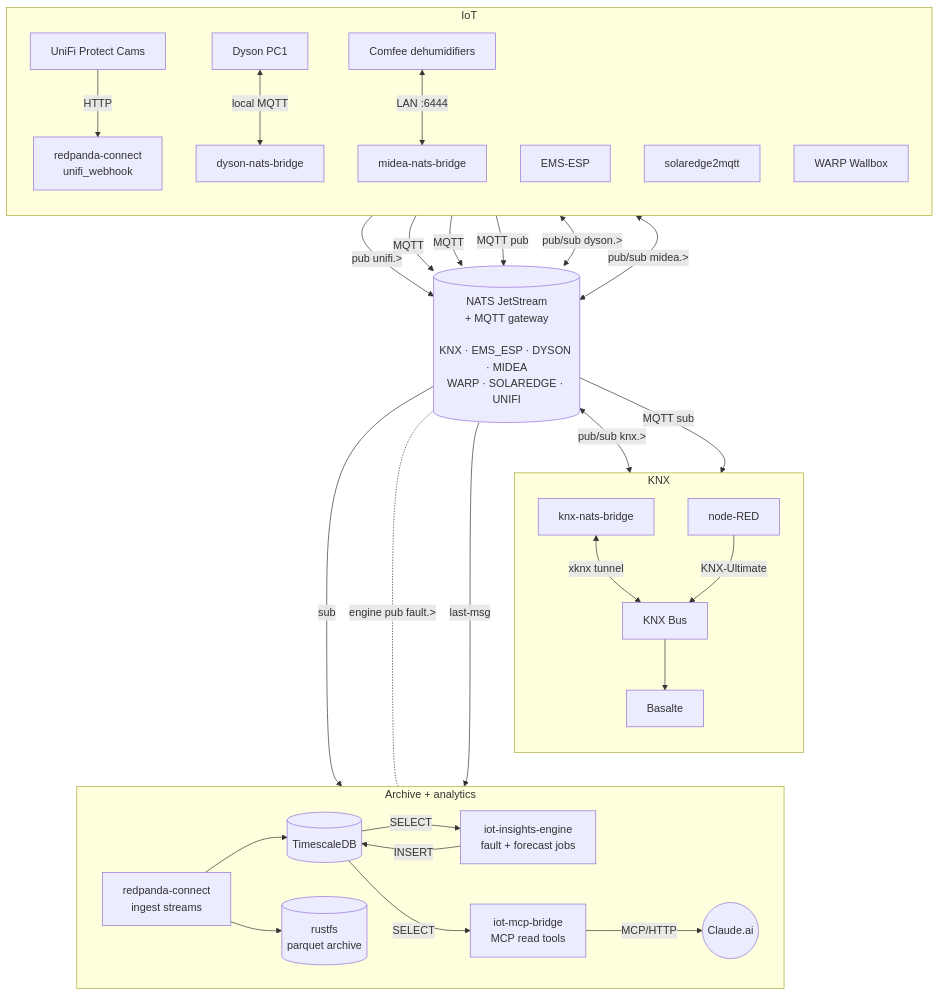
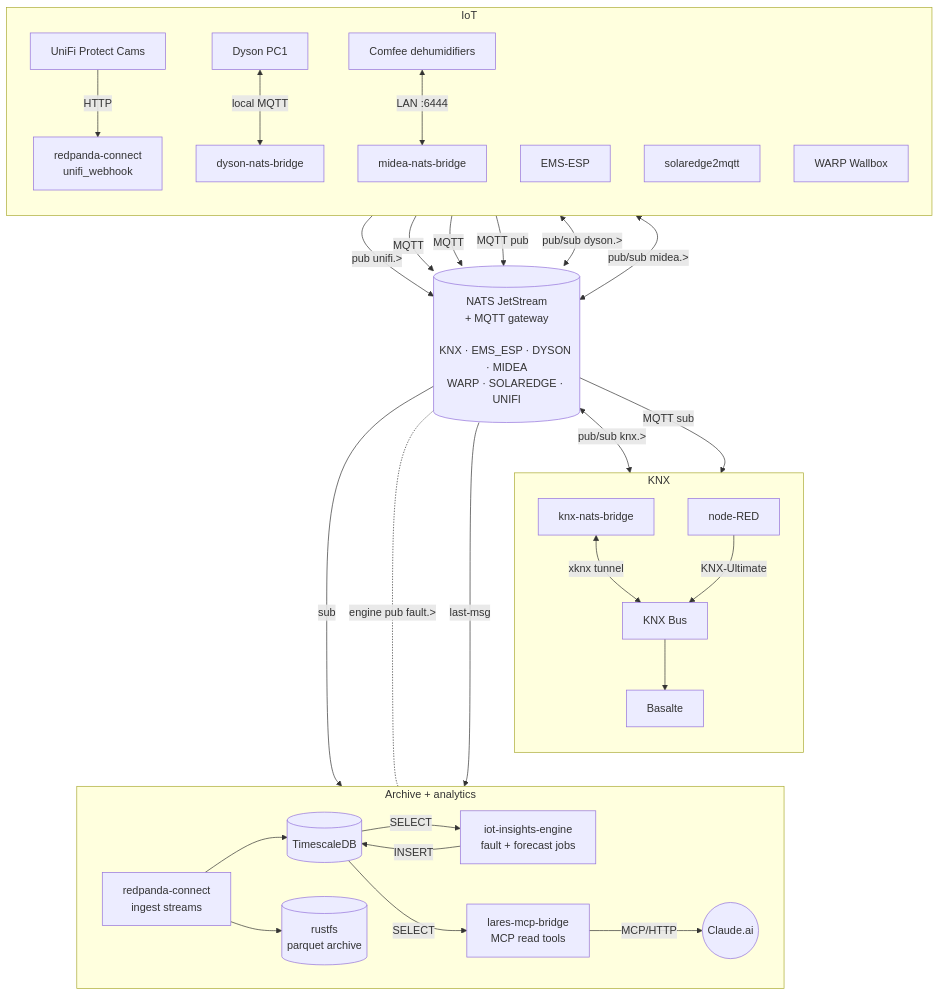
One commit to alexander-zimmermann/lares changed the second of 2 diagrams in README.md. Above: the diagram before and after it, drawn with Mermaid. The commit also changed other lines of this file and 29 other files, not shown here.

````diff
--- a/README.md
+++ b/README.md
@@ -134,60 +134,60 @@
 ```mermaid
 flowchart TB
     subgraph IOT[IoT]
         direction TB
         cam[UniFi Protect Cams] -- HTTP --> webhook[redpanda-connect<br/>unifi_webhook]
         ems[EMS-ESP]
         pv[solaredge2mqtt]
         warp[WARP Wallbox]
         fan[Dyson PC1] <-- local MQTT --> dysonb[dyson-nats-bridge]
         dehum[Comfee dehumidifiers] <-- LAN :6444 --> mideab[midea-nats-bridge]
     end
 
     nats[(NATS JetStream<br/>+ MQTT gateway<br/><br/>KNX · EMS_ESP · DYSON · MIDEA<br/>WARP · SOLAREDGE · UNIFI)]
 
     webhook -- pub unifi.> --> nats
     ems  -- MQTT --> nats
     pv   -- MQTT --> nats
     warp -- MQTT pub --> nats
     dysonb <-- pub/sub dyson.> --> nats
     mideab <-- pub/sub midea.> --> nats
 
     subgraph KX[KNX]
         direction TB
         bridge[knx-nats-bridge]
         nodered[node-RED]
         knx[KNX Bus]
         basalte[Basalte]
         bridge <-- xknx tunnel --> knx
         nodered -- KNX-Ultimate --> knx
         knx --> basalte
     end
 
     nats <-- pub/sub knx.> --> bridge
     nats -- MQTT sub --> nodered
 
     subgraph ARCH[Archive + analytics]
         direction LR
         ingest[redpanda-connect<br/>ingest streams]
         tsdb[(TimescaleDB)]
         rustfs[(rustfs<br/>parquet archive)]
         engine[iot-insights-engine<br/>fault + forecast jobs]
-        mcp[iot-mcp-bridge<br/>MCP read tools]
+        mcp[lares-mcp-bridge<br/>MCP read tools]
         claude((Claude.ai))
         ingest --> tsdb
         ingest --> rustfs
         tsdb -- SELECT --> engine
         engine -- INSERT --> tsdb
         tsdb -- SELECT --> mcp
         mcp -- MCP/HTTP --> claude
     end
 
     nats -- sub --> ingest
     %% Undirected on purpose: an engine->nats arrow makes dagre rank the whole
     %% archive block above nats. The label carries the direction instead.
     nats -. "engine pub fault.>" .- engine
     nats -- last-msg --> mcp
 
     %% Invisible edge: pins the archive band below the KNX block.
     KX ~~~ ARCH
 ```
````
